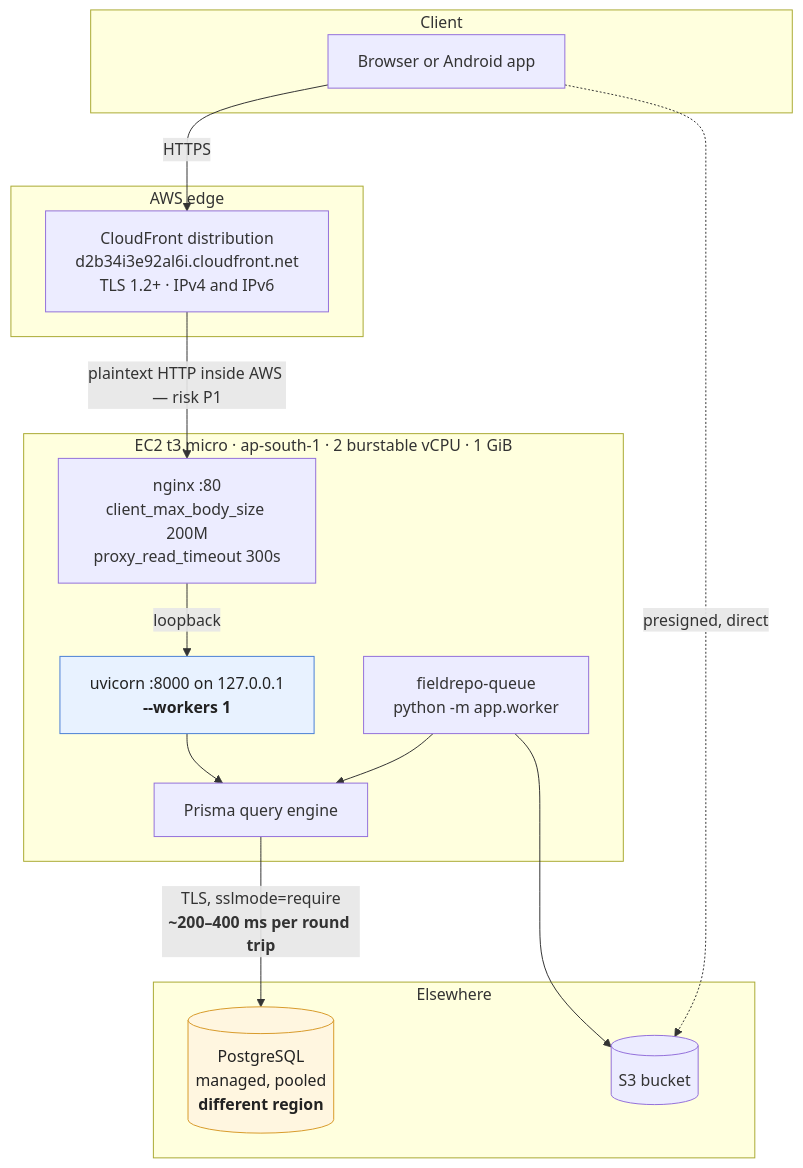
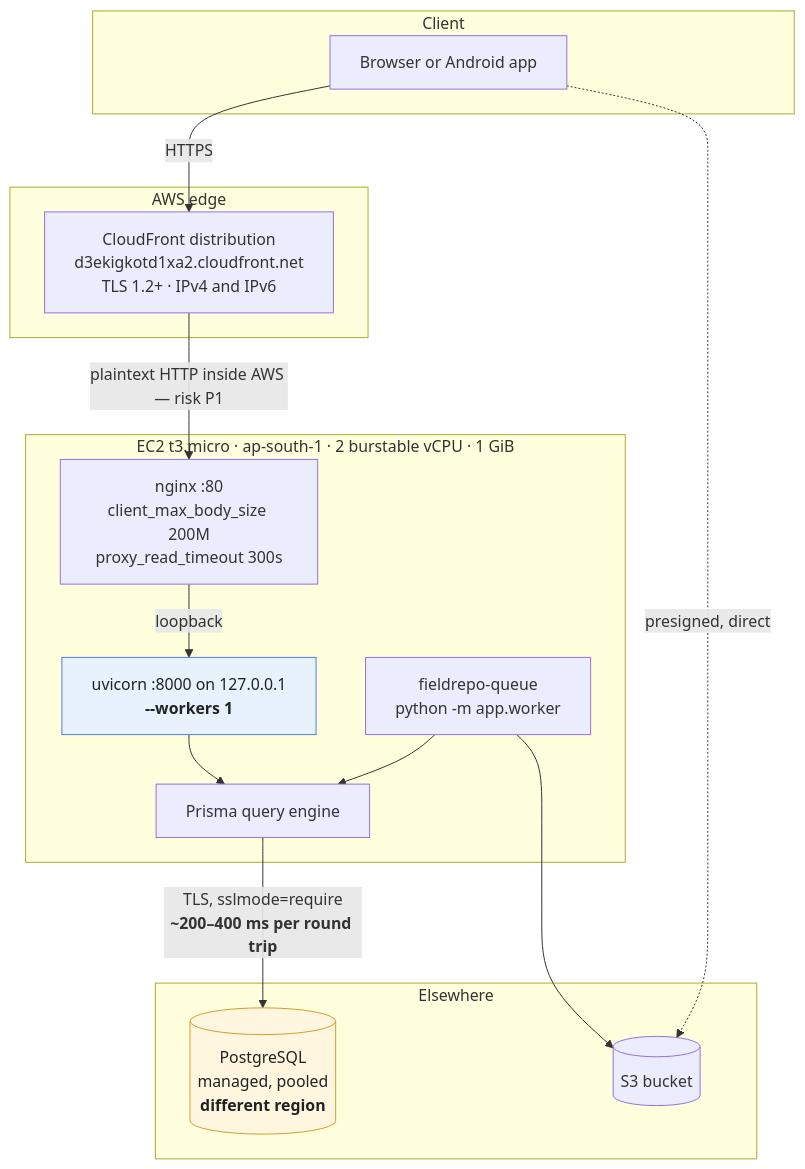
One commit to cxacraftecosystem-ui/designer-portal changed the second of 13 diagrams in docs/ARCHITECTURE.md. Above: the diagram before and after it, drawn with Mermaid. The commit also changed other lines of this file and 21 other files, not shown here.

````diff
--- a/docs/ARCHITECTURE.md
+++ b/docs/ARCHITECTURE.md
@@ -83,31 +83,31 @@
 ```mermaid
 flowchart TB
   subgraph client["Client"]
     B[Browser or Android app]
   end
   subgraph edge["AWS edge"]
-    CF["CloudFront distribution<br/>d2b34i3e92al6i.cloudfront.net<br/>TLS 1.2+ · IPv4 and IPv6"]
+    CF["CloudFront distribution<br/>d3ekigkotd1xa2.cloudfront.net<br/>TLS 1.2+ · IPv4 and IPv6"]
   end
   subgraph ec2["EC2 t3.micro · ap-south-1 · 2 burstable vCPU · 1 GiB"]
     NX["nginx :80<br/>client_max_body_size 200M<br/>proxy_read_timeout 300s"]
     UV["uvicorn :8000 on 127.0.0.1<br/><b>--workers 1</b>"]
     QW["fieldrepo-queue<br/>python -m app.worker"]
     PE[Prisma query engine]
   end
   subgraph remote["Elsewhere"]
     PG[("PostgreSQL<br/>managed, pooled<br/><b>different region</b>")]
     S3[(S3 bucket)]
   end
 
   B -->|"HTTPS"| CF
   CF -->|"plaintext HTTP inside AWS — risk P1"| NX
   NX -->|loopback| UV
   UV --> PE
   QW --> PE
   PE -->|"TLS, sslmode=require<br/><b>~200–400 ms per round trip</b>"| PG
   B -.->|presigned, direct| S3
   QW --> S3
 
   style PG fill:#fff6e0,stroke:#d89a2a,color:#222
   style UV fill:#e8f2ff,stroke:#4a7fd6,color:#222
 ```
````
